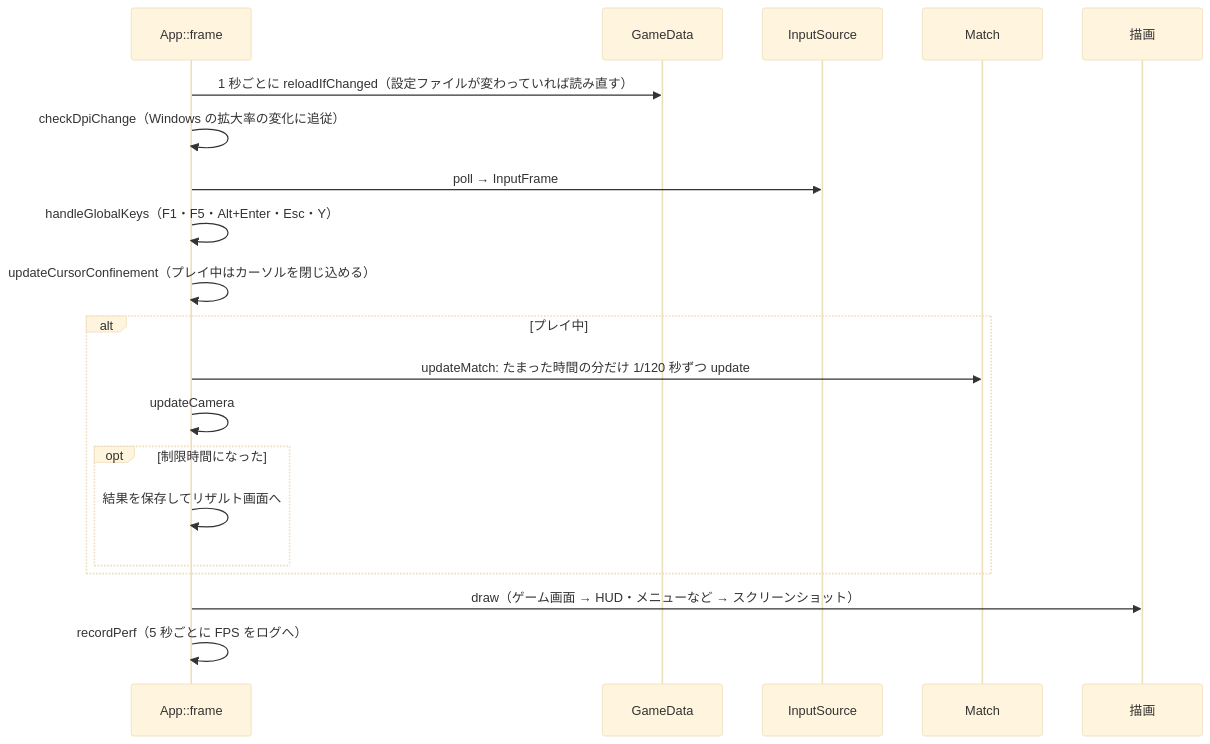
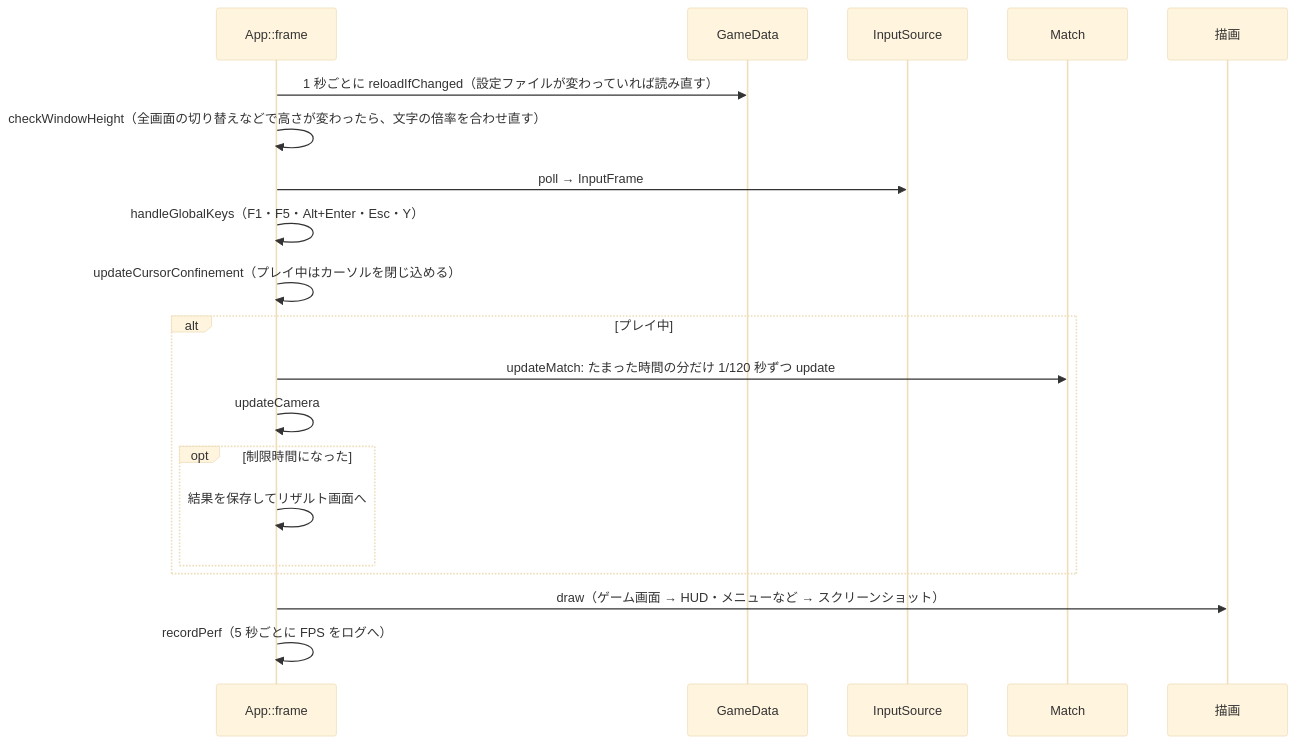
The fourth of 6 diagrams in docs/design/02-architecture.md (Sortorow/moba-trainer), drawn with Mermaid (base theme) before and after one commit. The commit also changed other lines of this file and 36 other files, not shown here.

````diff
--- a/docs/design/02-architecture.md
+++ b/docs/design/02-architecture.md
@@ -240,23 +240,23 @@
 ```mermaid
 sequenceDiagram
     participant F as App::frame
     participant D as GameData
     participant I as InputSource
     participant M as Match
     participant R as 描画
 
     F->>D: 1 秒ごとに reloadIfChanged（設定ファイルが変わっていれば読み直す）
-    F->>F: checkDpiChange（Windows の拡大率の変化に追従）
+    F->>F: checkWindowHeight（全画面の切り替えなどで高さが変わったら、文字の倍率を合わせ直す）
     F->>I: poll → InputFrame
     F->>F: handleGlobalKeys（F1・F5・Alt+Enter・Esc・Y）
     F->>F: updateCursorConfinement（プレイ中はカーソルを閉じ込める）
     alt プレイ中
         F->>M: updateMatch: たまった時間の分だけ 1/120 秒ずつ update
         F->>F: updateCamera
         opt 制限時間になった
             F->>F: 結果を保存してリザルト画面へ
         end
     end
     F->>R: draw（ゲーム画面 → HUD・メニューなど → スクリーンショット）
     F->>F: recordPerf（5 秒ごとに FPS をログへ）
 ```
````
